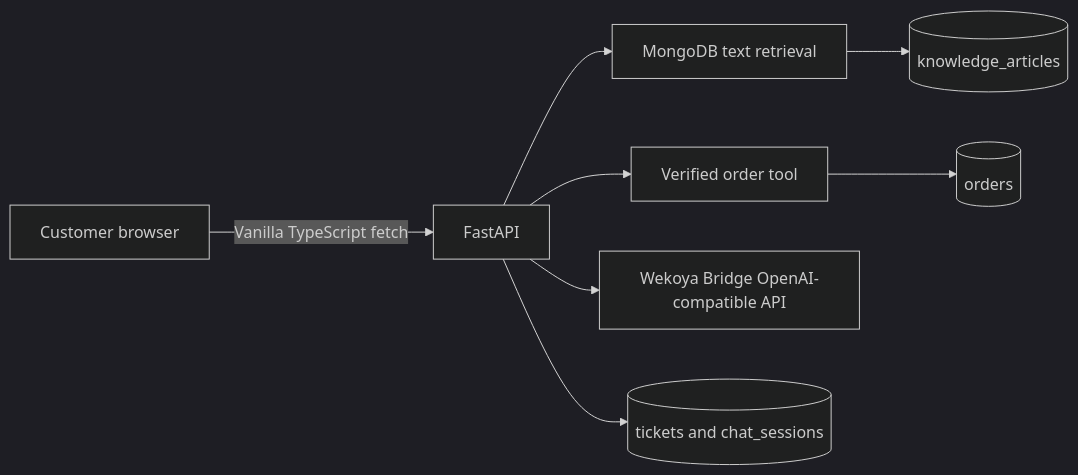
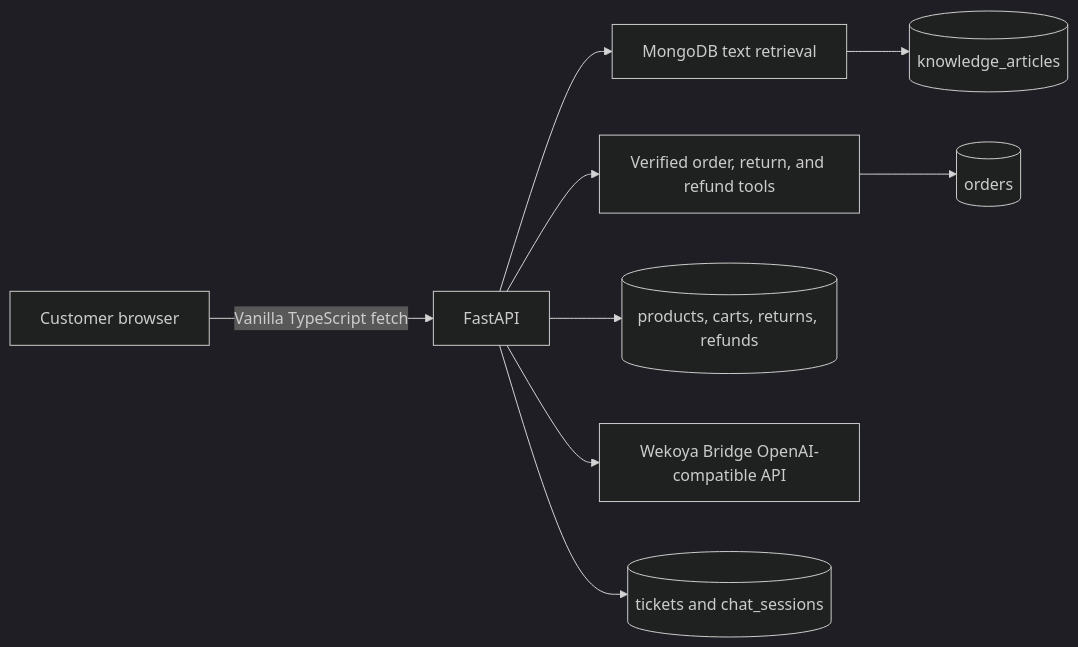
The diagram in README.md (aeemars/support-copilot), drawn with Mermaid (dark theme) before and after one commit. The commit also changed other lines of this file and 15 other files, not shown here.

````diff
--- a/README.md
+++ b/README.md
@@ -18,10 +20,11 @@
 ```mermaid
 flowchart LR
   U[Customer browser] -->|Vanilla TypeScript fetch| API[FastAPI]
   API --> R[MongoDB text retrieval]
   R --> KB[(knowledge_articles)]
-  API --> O[Verified order tool]
+  API --> O[Verified order, return, and refund tools]
   O --> ORD[(orders)]
+  API --> CAT[(products, carts, returns, refunds)]
   API --> B[Wekoya Bridge OpenAI-compatible API]
   API --> T[(tickets and chat_sessions)]
 ```
````
